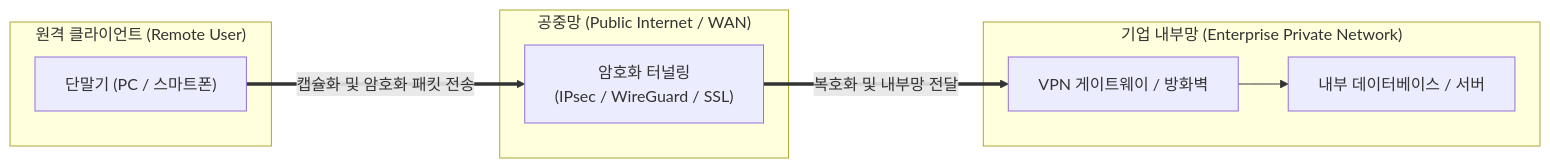
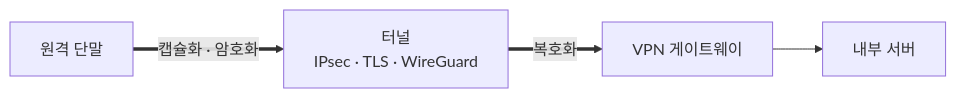
Before and after one commit to supremethumb/supremethumb.github.io: the diagram in content/01_IT Tech/VPN.md, drawn with Mermaid. The commit also changed other lines of this file and 1087 other files, not shown here.

````diff
--- a/content/01_IT Tech/VPN.md
+++ b/content/01_IT Tech/VPN.md
@@ -23,20 +35,6 @@
 ```mermaid
 flowchart LR
-    subgraph Remote["원격 클라이언트 (Remote User)"]
-        C["단말기 (PC / 스마트폰)"]
-    end
-
-    subgraph Public["공중망 (Public Internet / WAN)"]
-        T["암호화 터널링<br/>(IPsec / WireGuard / SSL)"]
-    end
-
-    subgraph Enterprise["기업 내부망 (Enterprise Private Network)"]
-        GW["VPN 게이트웨이 / 방화벽"]
-        SRV["내부 데이터베이스 / 서버"]
-        GW --> SRV
-    end
-
-    C ==>|캡슐화 및 암호화 패킷 전송| T
-    T ==>|복호화 및 내부망 전달| GW
-
+    C["원격 단말"] ==>|"캡슐화 · 암호화"| T["터널<br/>IPsec · TLS · WireGuard"]
+    T ==>|"복호화"| GW["VPN 게이트웨이"]
+    GW --> SRV["내부 서버"]
 ```
````
